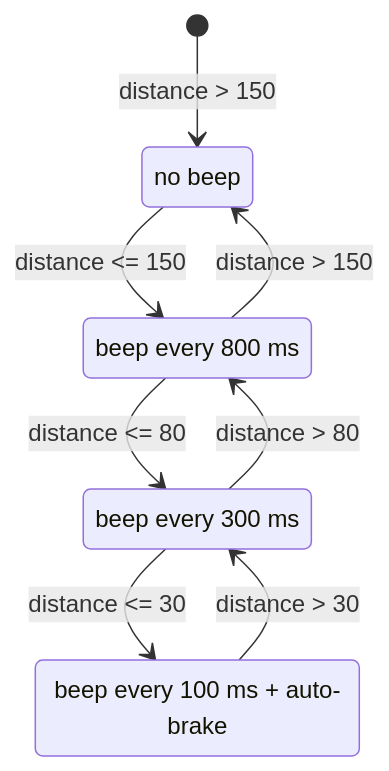
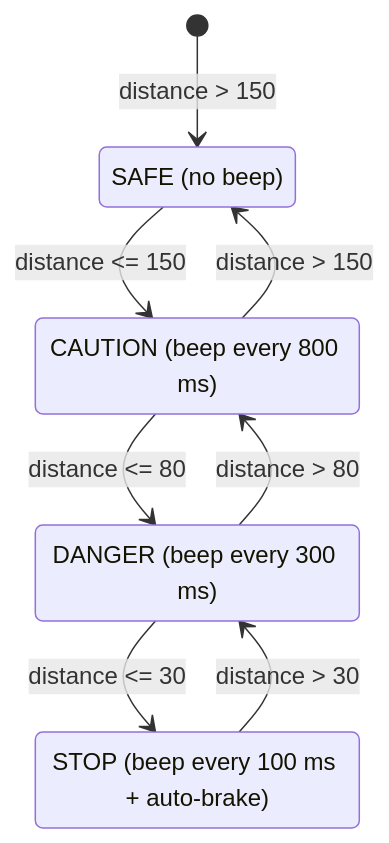
Before and after one commit to DeepteshMohapatra99/Wipro_Capstone_Project: the fifth of 7 diagrams in docs/UML_Diagrams.md, drawn with Mermaid. The commit also changed other lines of this file and 1 other file, not shown here.

Commit message:
docs: show state names in state machine diagrams

````diff
--- a/docs/UML_Diagrams.md
+++ b/docs/UML_Diagrams.md
@@ -265,16 +265,17 @@
 ```mermaid
 stateDiagram-v2
+    state "SAFE (no beep)" as SAFE
+    state "CAUTION (beep every 800 ms)" as CAUTION
+    state "DANGER (beep every 300 ms)" as DANGER
+    state "STOP (beep every 100 ms + auto-brake)" as STOP
+
     [*] --> SAFE : distance > 150
 
     SAFE --> CAUTION : distance <= 150
     CAUTION --> SAFE : distance > 150
     CAUTION --> DANGER : distance <= 80
     DANGER --> CAUTION : distance > 80
     DANGER --> STOP : distance <= 30
     STOP --> DANGER : distance > 30
 
-    SAFE : no beep
-    CAUTION : beep every 800 ms
-    DANGER : beep every 300 ms
-    STOP : beep every 100 ms + auto-brake
 ```
````
